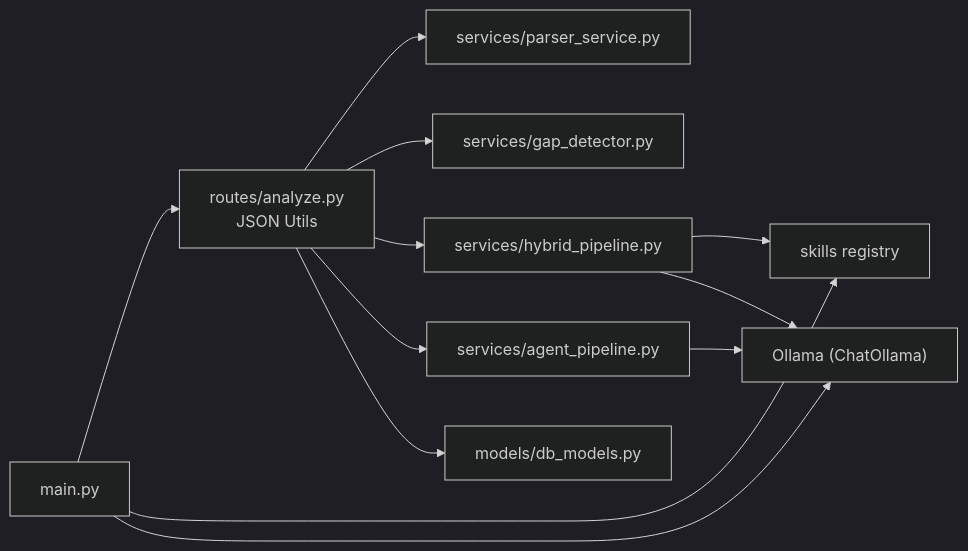
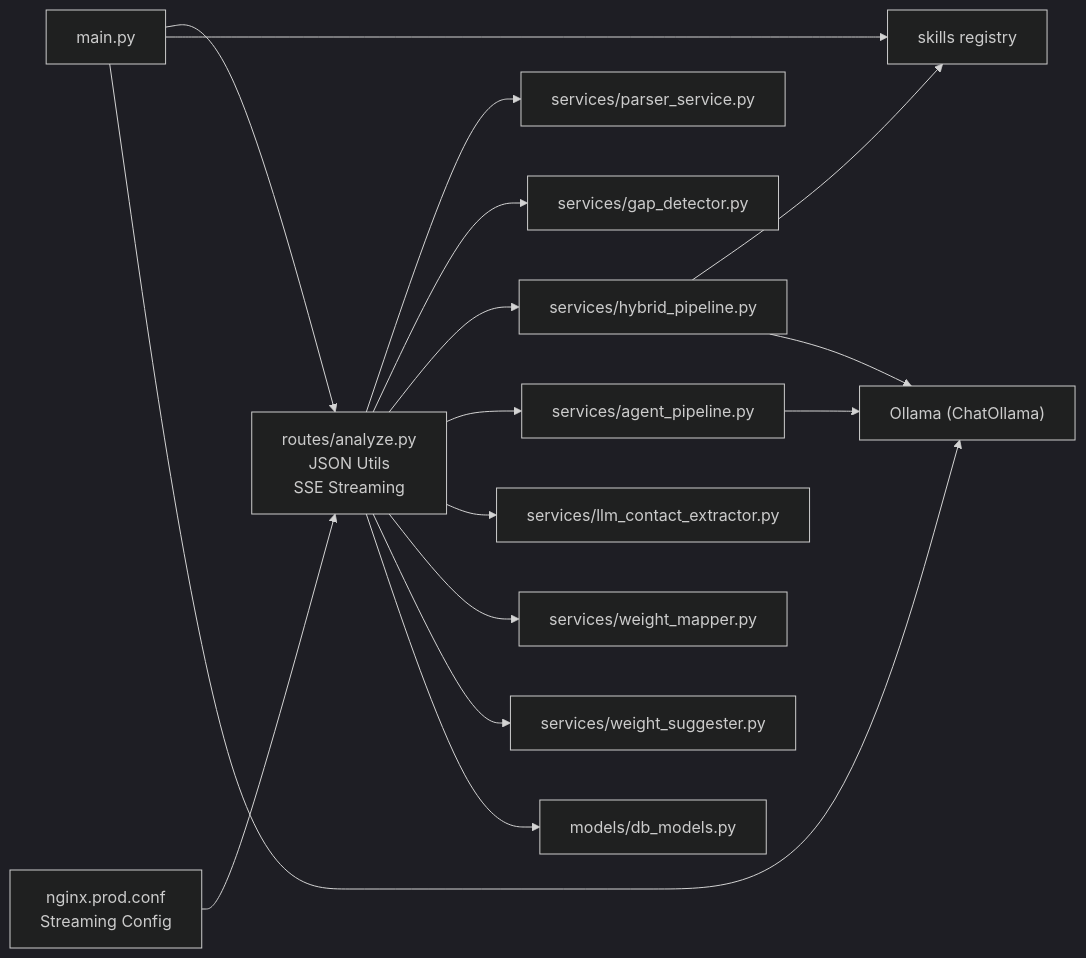
Before and after one commit to Revanththetalogics/aireume: diagram 17 of 17 in .qoder/repowiki/en/content/Analysis Engine/Analysis Engine.md, drawn with Mermaid (dark theme). The commit also changed other lines of this file and 20 other files, not shown here.

````diff
--- a/.qoder/repowiki/en/content/Analysis Engine/Analysis Engine.md
+++ b/.qoder/repowiki/en/content/Analysis Engine/Analysis Engine.md
@@ -649,14 +860,18 @@
 ```mermaid
 graph LR
-Route["routes/analyze.py<br/>JSON Utils"] --> Parser["services/parser_service.py"]
+Route["routes/analyze.py<br/>JSON Utils<br/>SSE Streaming"] --> Parser["services/parser_service.py"]
 Route --> Gap["services/gap_detector.py"]
 Route --> Hybrid["services/hybrid_pipeline.py"]
 Route --> Agent["services/agent_pipeline.py"]
+Route --> Contact["services/llm_contact_extractor.py"]
+Route --> WeightMapper["services/weight_mapper.py"]
+Route --> WeightSuggester["services/weight_suggester.py"]
 Hybrid --> Skills["skills registry"]
 Hybrid --> Ollama["Ollama (ChatOllama)"]
 Agent --> Ollama
 Route --> Models["models/db_models.py"]
 Main["main.py"] --> Route
 Main --> Skills
 Main --> Ollama
+Nginx["nginx.prod.conf<br/>Streaming Config"] --> Route
 ```
````
